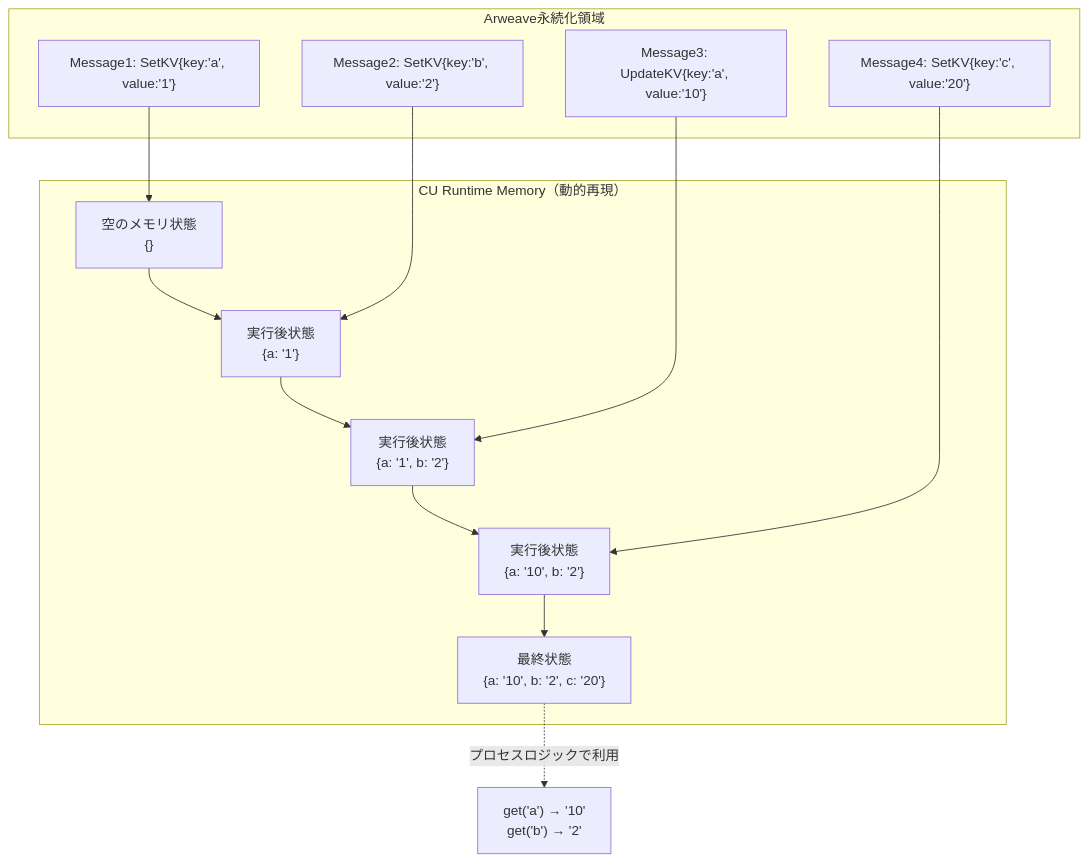
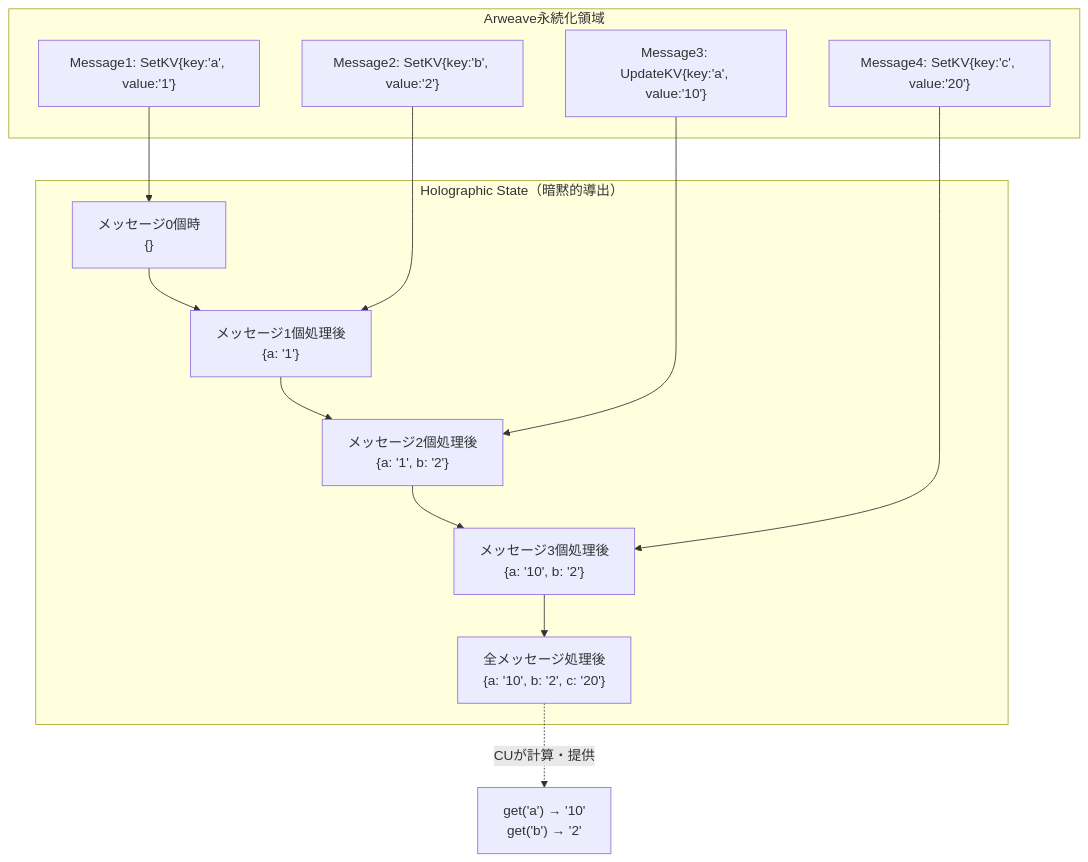
Before and after one commit to shodaimomiyama/D-TPRES: the third of 15 diagrams in deploy/contracts/STORAGE_ER_DIAGRAM.md, drawn with Mermaid. The commit also changed other lines of this file, not shown here.

Commit message:
新しいD-TPRES KVストレージのEntity-Relationship図を追加し、システムの各プロセス（Owner/Holder/Requester）のストレージ構造や状態管理の詳細を明確化しました。また、イベントソーシング方式による動的状態再現のメカニズムや、各プロセスの責務についても説明を加えました。

````diff
--- a/deploy/contracts/STORAGE_ER_DIAGRAM.md
+++ b/deploy/contracts/STORAGE_ER_DIAGRAM.md
@@ -28,28 +106,28 @@
 ```mermaid
 graph TB
     subgraph "Arweave永続化領域"
         MSG1["Message1: SetKV{key:'a', value:'1'}"]
         MSG2["Message2: SetKV{key:'b', value:'2'}"]
         MSG3["Message3: UpdateKV{key:'a', value:'10'}"]
         MSG4["Message4: SetKV{key:'c', value:'20'}"]
     end
 
-    subgraph "CU Runtime Memory（動的再現）"
-        EMPTY["空のメモリ状態<br/>{}"]
-        STATE1["実行後状態<br/>{a: '1'}"]
-        STATE2["実行後状態<br/>{a: '1', b: '2'}"]
-        STATE3["実行後状態<br/>{a: '10', b: '2'}"]
-        FINAL["最終状態<br/>{a: '10', b: '2', c: '20'}"]
+    subgraph "Holographic State（暗黙的導出）"
+        EMPTY["メッセージ0個時<br/>{}"]
+        STATE1["メッセージ1個処理後<br/>{a: '1'}"]
+        STATE2["メッセージ2個処理後<br/>{a: '1', b: '2'}"]
+        STATE3["メッセージ3個処理後<br/>{a: '10', b: '2'}"]
+        FINAL["全メッセージ処理後<br/>{a: '10', b: '2', c: '20'}"]
     end
 
     MSG1 --> EMPTY
     EMPTY --> STATE1
     MSG2 --> STATE1
     STATE1 --> STATE2
     MSG3 --> STATE2
     STATE2 --> STATE3
     MSG4 --> STATE3
     STATE3 --> FINAL
 
-    FINAL -.->|プロセスロジックで利用| LOGIC["get('a') → '10'<br/>get('b') → '2'"]
+    FINAL -.->|CUが計算・提供| LOGIC["get('a') → '10'<br/>get('b') → '2'"]
 ```
````
